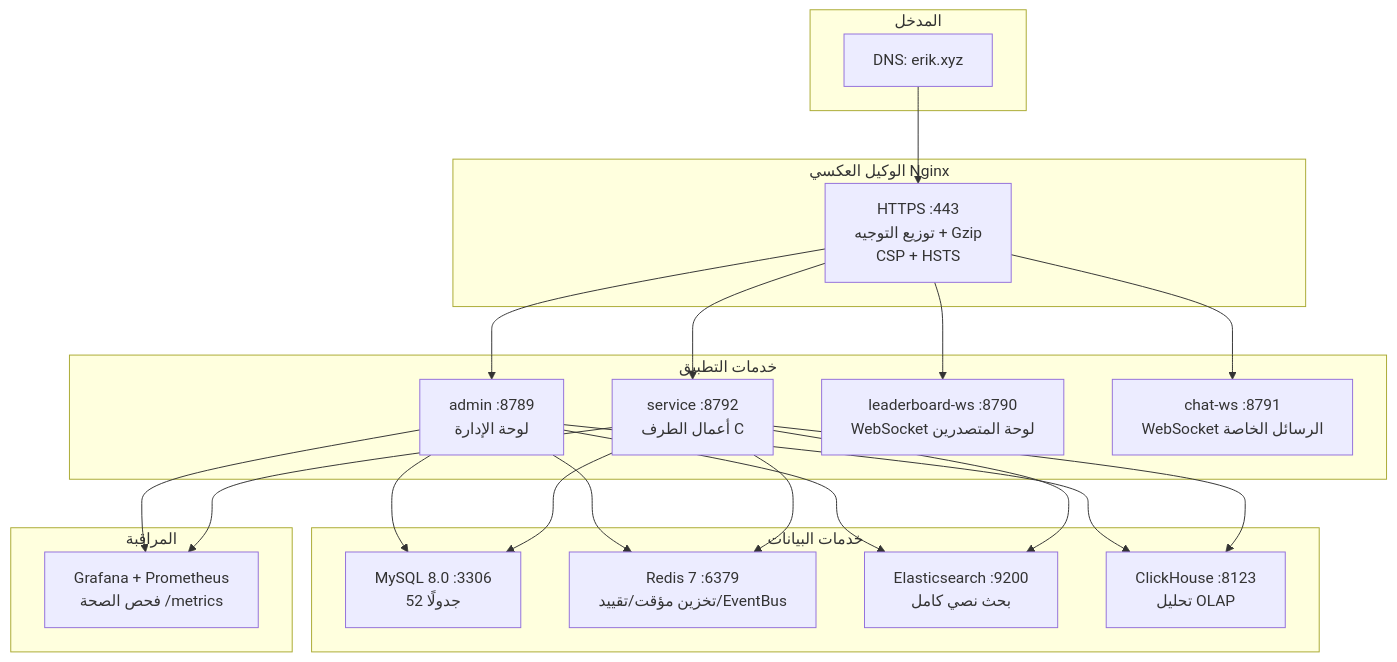
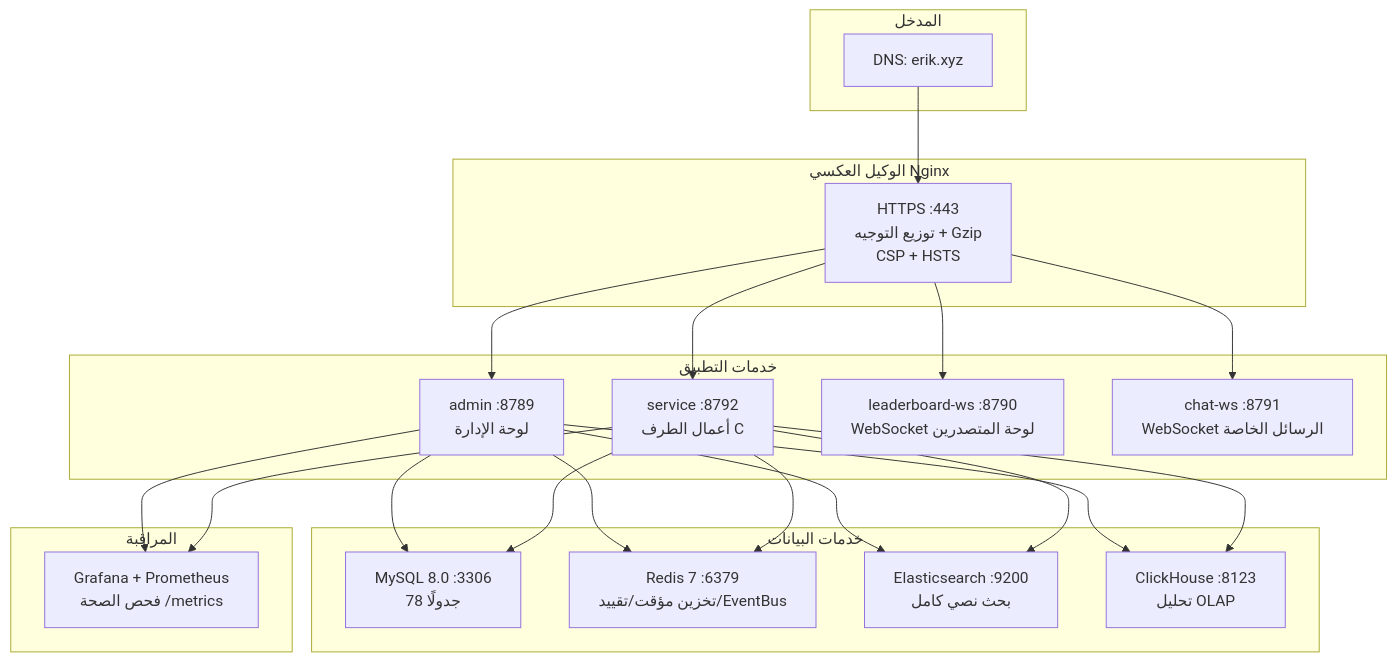
The diagram in admin/docs/diagrams/12-deployment.ar.md (erikwang2013/game-platform-php), drawn with Mermaid before and after one commit. The commit also changed 511 other files, not shown here.

````diff
--- a/admin/docs/diagrams/12-deployment.ar.md
+++ b/admin/docs/diagrams/12-deployment.ar.md
@@ -7,33 +7,33 @@
 ```mermaid
 flowchart TB
     subgraph "المدخل"
         DNS["DNS: erik.xyz"]
     end
 
     subgraph "الوكيل العكسي Nginx"
         NGX["HTTPS :443<br/>توزيع التوجيه + Gzip<br/>CSP + HSTS"]
     end
 
     subgraph "خدمات التطبيق"
         ADM["admin :8789<br/>لوحة الإدارة"]
         SVC["service :8792<br/>أعمال الطرف C"]
         LB["leaderboard-ws :8790<br/>WebSocket لوحة المتصدرين"]
         CHAT["chat-ws :8791<br/>WebSocket الرسائل الخاصة"]
     end
 
     subgraph "خدمات البيانات"
-        MYSQL["MySQL 8.0 :3306<br/>52 جدولًا"]
+        MYSQL["MySQL 8.0 :3306<br/>78 جدولًا"]
         REDIS["Redis 7 :6379<br/>تخزين مؤقت/تقييد/EventBus"]
         ES["Elasticsearch :9200<br/>بحث نصي كامل"]
         CH["ClickHouse :8123<br/>تحليل OLAP"]
     end
 
     subgraph "المراقبة"
         MON["Grafana + Prometheus<br/>فحص الصحة /metrics"]
     end
 
     DNS --> NGX
     NGX --> ADM & SVC & LB & CHAT
     ADM & SVC --> MYSQL & REDIS & ES & CH
     ADM & SVC --> MON
 ```
````
